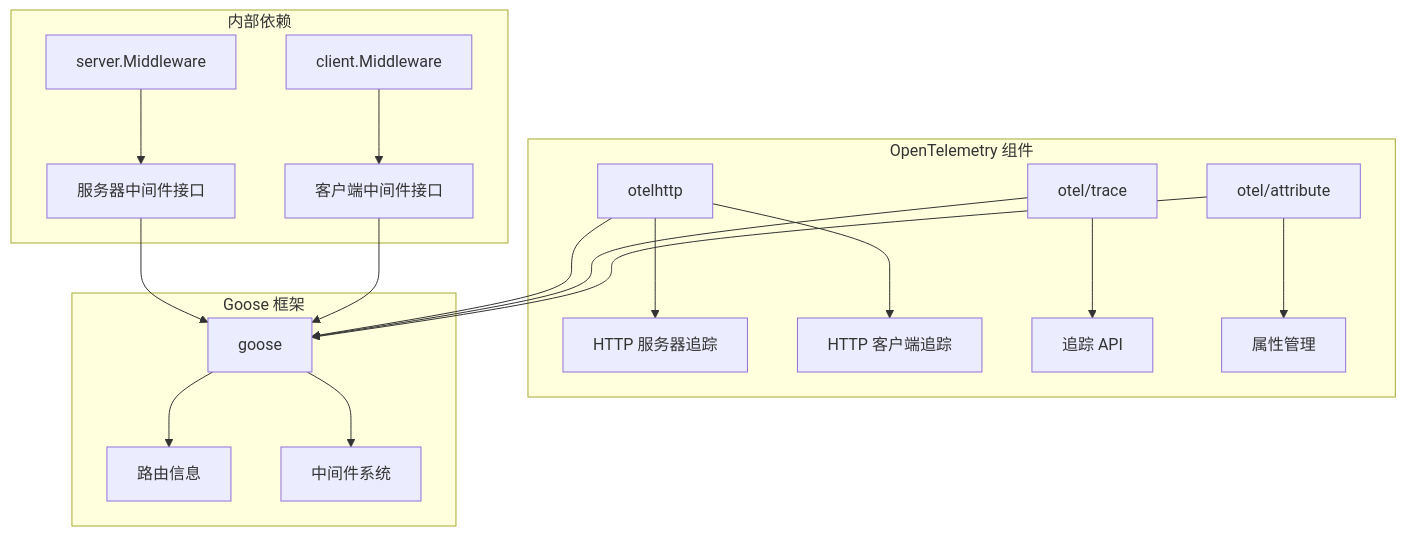
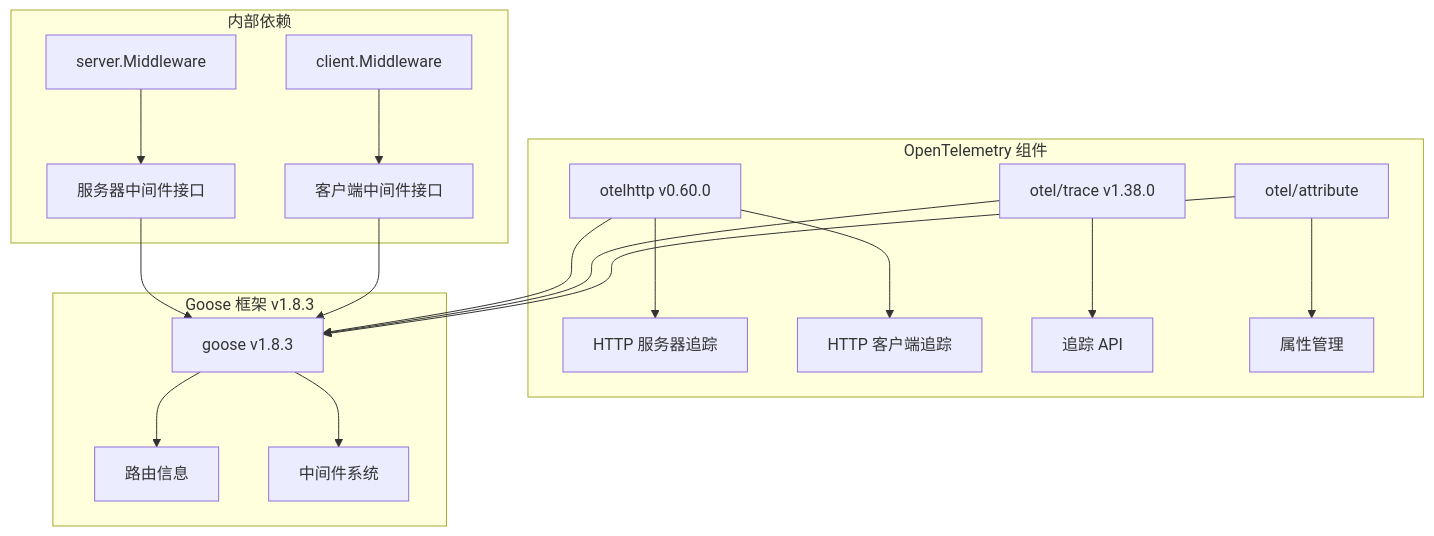
The eighth of 9 diagrams in .agents/repowiki/zh/content/高级中间件/监控与遥测中间件.md (soyacen/goose), drawn with Mermaid before and after one commit. The commit also changed other lines of this file and 51 other files, not shown here.

````diff
--- a/.agents/repowiki/zh/content/高级中间件/监控与遥测中间件.md
+++ b/.agents/repowiki/zh/content/高级中间件/监控与遥测中间件.md
@@ -250,22 +260,22 @@
 ```mermaid
 graph TB
 subgraph "OpenTelemetry 组件"
-A[otelhttp] --> B[HTTP 服务器追踪]
+A[otelhttp v0.60.0] --> B[HTTP 服务器追踪]
 A --> C[HTTP 客户端追踪]
-D[otel/trace] --> E[追踪 API]
+D[otel/trace v1.38.0] --> E[追踪 API]
 F[otel/attribute] --> G[属性管理]
 end
-subgraph "Goose 框架"
-H[goose] --> I[路由信息]
+subgraph "Goose 框架 v1.8.3"
+H[goose v1.8.3] --> I[路由信息]
 H --> J[中间件系统]
 end
 subgraph "内部依赖"
 K[server.Middleware] --> L[服务器中间件接口]
 M[client.Middleware] --> N[客户端中间件接口]
 end
 A --> H
 D --> H
 F --> H
 L --> H
 N --> H
 ```
````
